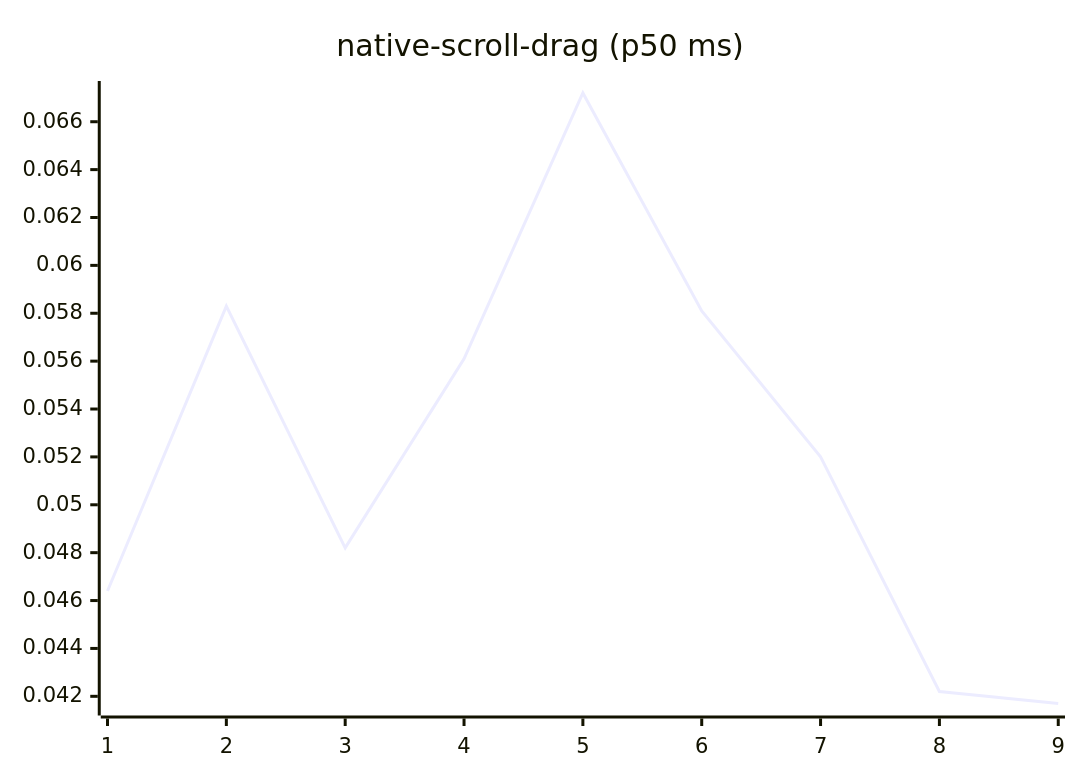
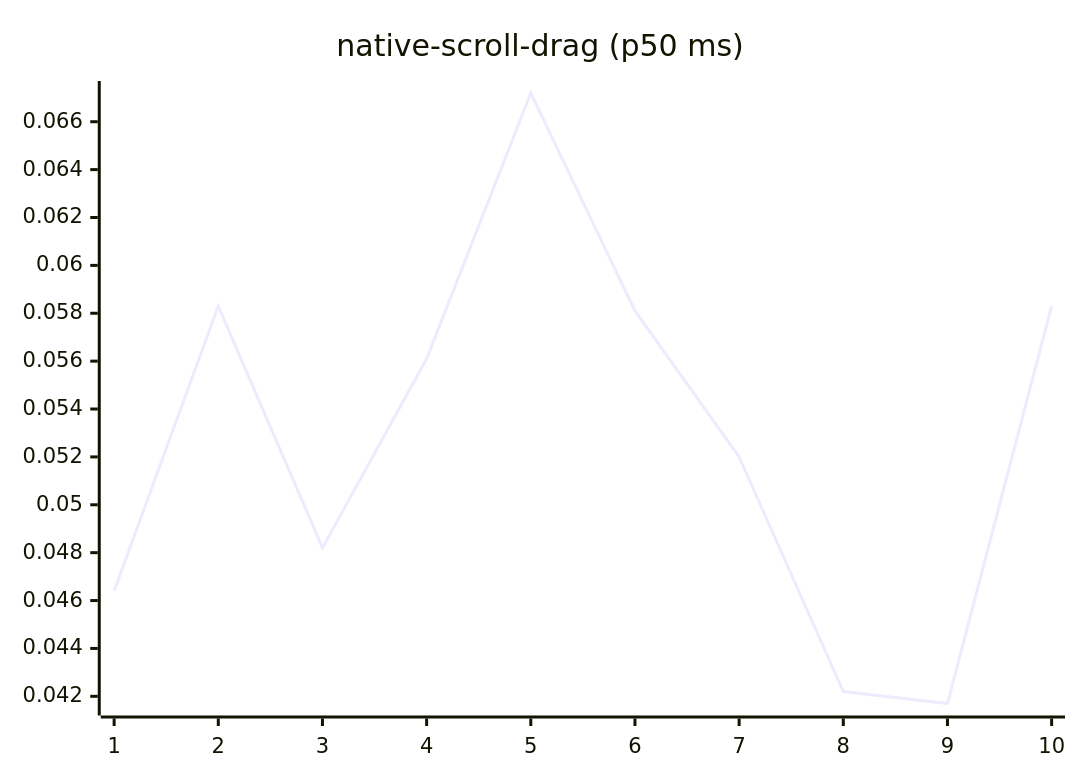
One commit to josha/Facet changed diagram 14 of 27 in README.md. Above: the diagram before and after it, drawn with Mermaid. The commit also changed other lines of this file and 2 other files, not shown here.

````diff
--- a/README.md
+++ b/README.md
@@ -154,6 +154,6 @@
 ```mermaid
 xychart-beta
     title "native-scroll-drag (p50 ms)"
-    x-axis 1 --> 9
-    line [0.0464, 0.0583, 0.0482, 0.0561, 0.0672, 0.0581, 0.0520, 0.0422, 0.0417]
+    x-axis 1 --> 10
+    line [0.0464, 0.0583, 0.0482, 0.0561, 0.0672, 0.0581, 0.0520, 0.0422, 0.0417, 0.0583]
 ```
````
